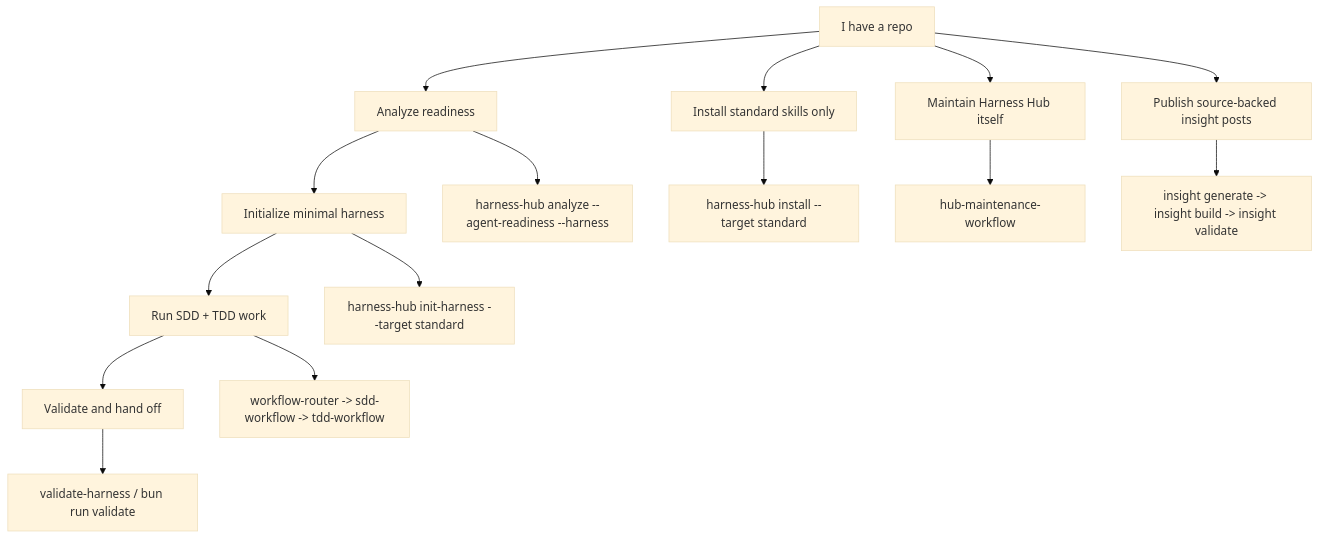
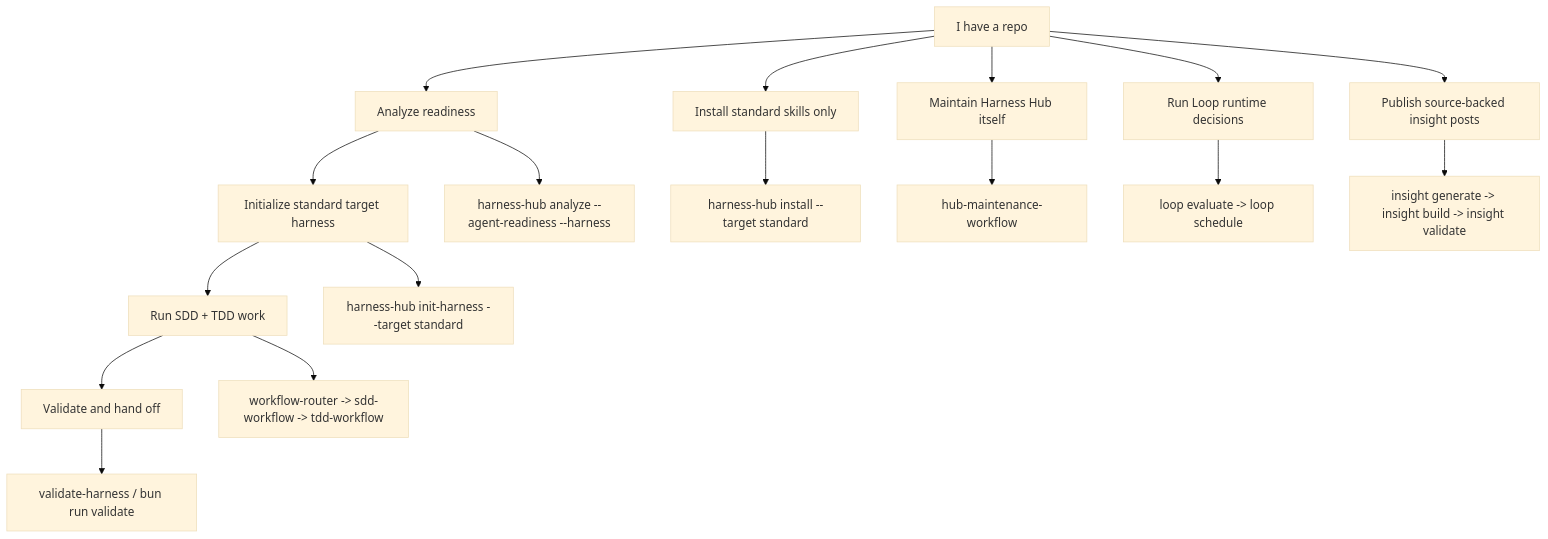
One commit to JasonxzWen/harness-hub changed the diagram in README.md. Above: the diagram before and after it, drawn with Mermaid (base theme). The commit also changed other lines of this file and 27 other files, not shown here.

Commit message:
Add loop runtime and standard target boundary

````diff
--- a/README.md
+++ b/README.md
@@ -30,19 +31,21 @@
 ```mermaid
 flowchart TD
   Start["I have a repo"] --> Analyze["Analyze readiness"]
-  Analyze --> Init["Initialize minimal harness"]
+  Analyze --> Init["Initialize standard target harness"]
   Init --> Work["Run SDD + TDD work"]
   Work --> Validate["Validate and hand off"]
 
   Start --> Skills["Install standard skills only"]
   Start --> Maintain["Maintain Harness Hub itself"]
+  Start --> Loop["Run Loop runtime decisions"]
   Start --> Insight["Publish source-backed insight posts"]
 
   Analyze --> A1["harness-hub analyze --agent-readiness --harness"]
   Init --> I1["harness-hub init-harness --target standard"]
   Skills --> S1["harness-hub install --target standard"]
   Work --> W1["workflow-router -> sdd-workflow -> tdd-workflow"]
   Validate --> V1["validate-harness / bun run validate"]
   Maintain --> M1["hub-maintenance-workflow"]
+  Loop --> L1["loop evaluate -> loop schedule"]
   Insight --> P1["insight generate -> insight build -> insight validate"]
 ```
````
